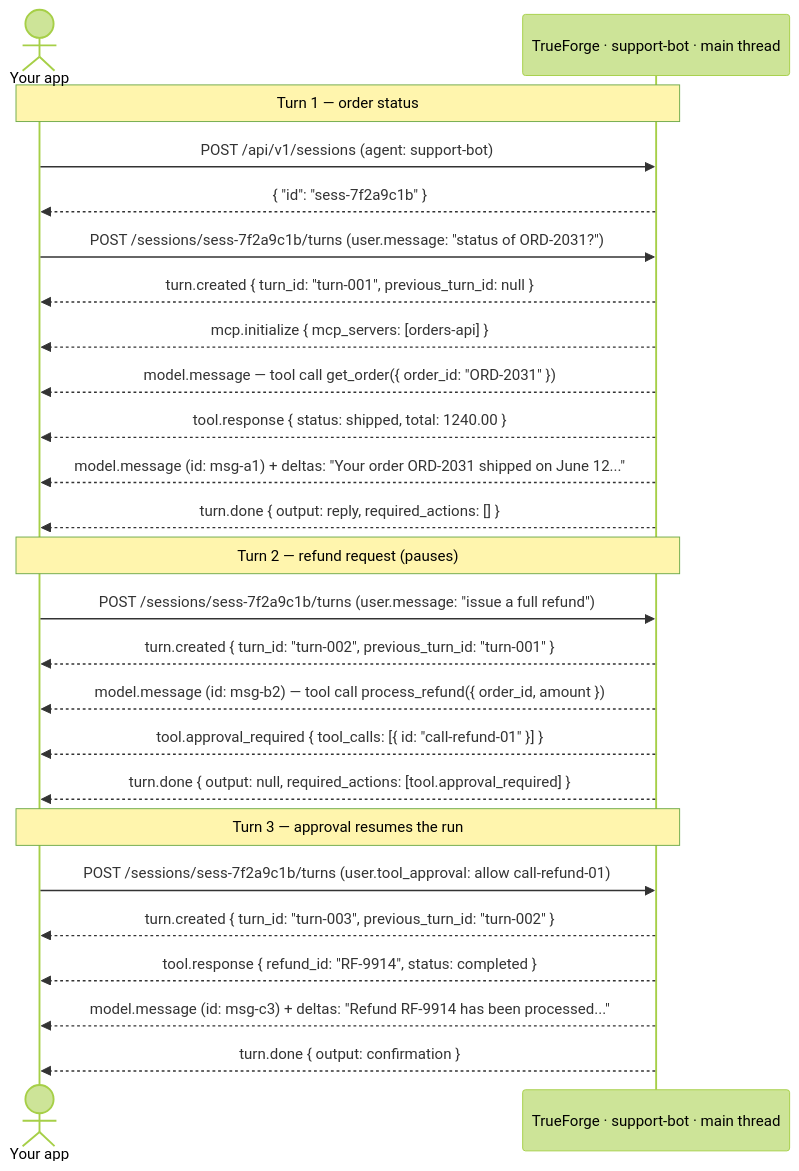
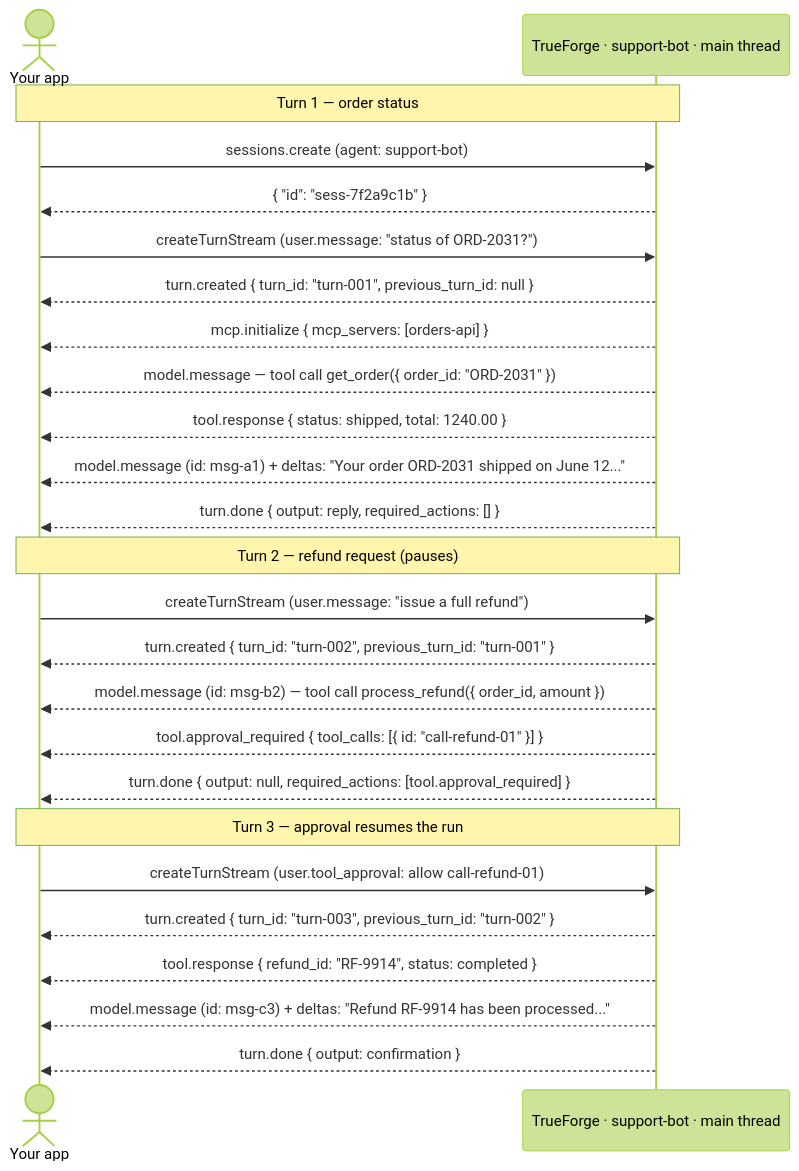
Before and after one commit to Aman-goel-04/trueforge: the third of 3 diagrams in docs/api/overview.mdx, drawn with Mermaid (forest theme). The commit also changed other lines of this file and 30 other files, not shown here.

````diff
--- a/docs/api/overview.mdx
+++ b/docs/api/overview.mdx
@@ -211,30 +211,30 @@
 ```mermaid
 sequenceDiagram
   actor App as Your app
   participant TF as TrueForge · support-bot · main thread
 
   Note over App,TF: Turn 1 — order status
-  App->>TF: POST /api/v1/sessions (agent: support-bot)
+  App->>TF: sessions.create (agent: support-bot)
   TF-->>App: { "id": "sess-7f2a9c1b" }
-  App->>TF: POST /sessions/sess-7f2a9c1b/turns (user.message: "status of ORD-2031?")
+  App->>TF: createTurnStream (user.message: "status of ORD-2031?")
   TF-->>App: turn.created { turn_id: "turn-001", previous_turn_id: null }
   TF-->>App: mcp.initialize { mcp_servers: [orders-api] }
   TF-->>App: model.message — tool call get_order({ order_id: "ORD-2031" })
   TF-->>App: tool.response { status: shipped, total: 1240.00 }
   TF-->>App: model.message (id: msg-a1) + deltas: "Your order ORD-2031 shipped on June 12..."
   TF-->>App: turn.done { output: reply, required_actions: [] }
 
   Note over App,TF: Turn 2 — refund request (pauses)
-  App->>TF: POST /sessions/sess-7f2a9c1b/turns (user.message: "issue a full refund")
+  App->>TF: createTurnStream (user.message: "issue a full refund")
   TF-->>App: turn.created { turn_id: "turn-002", previous_turn_id: "turn-001" }
   TF-->>App: model.message (id: msg-b2) — tool call process_refund({ order_id, amount })
   TF-->>App: tool.approval_required { tool_calls: [{ id: "call-refund-01" }] }
   TF-->>App: turn.done { output: null, required_actions: [tool.approval_required] }
 
   Note over App,TF: Turn 3 — approval resumes the run
-  App->>TF: POST /sessions/sess-7f2a9c1b/turns (user.tool_approval: allow call-refund-01)
+  App->>TF: createTurnStream (user.tool_approval: allow call-refund-01)
   TF-->>App: turn.created { turn_id: "turn-003", previous_turn_id: "turn-002" }
   TF-->>App: tool.response { refund_id: "RF-9914", status: completed }
   TF-->>App: model.message (id: msg-c3) + deltas: "Refund RF-9914 has been processed..."
   TF-->>App: turn.done { output: confirmation }
 ```
````
